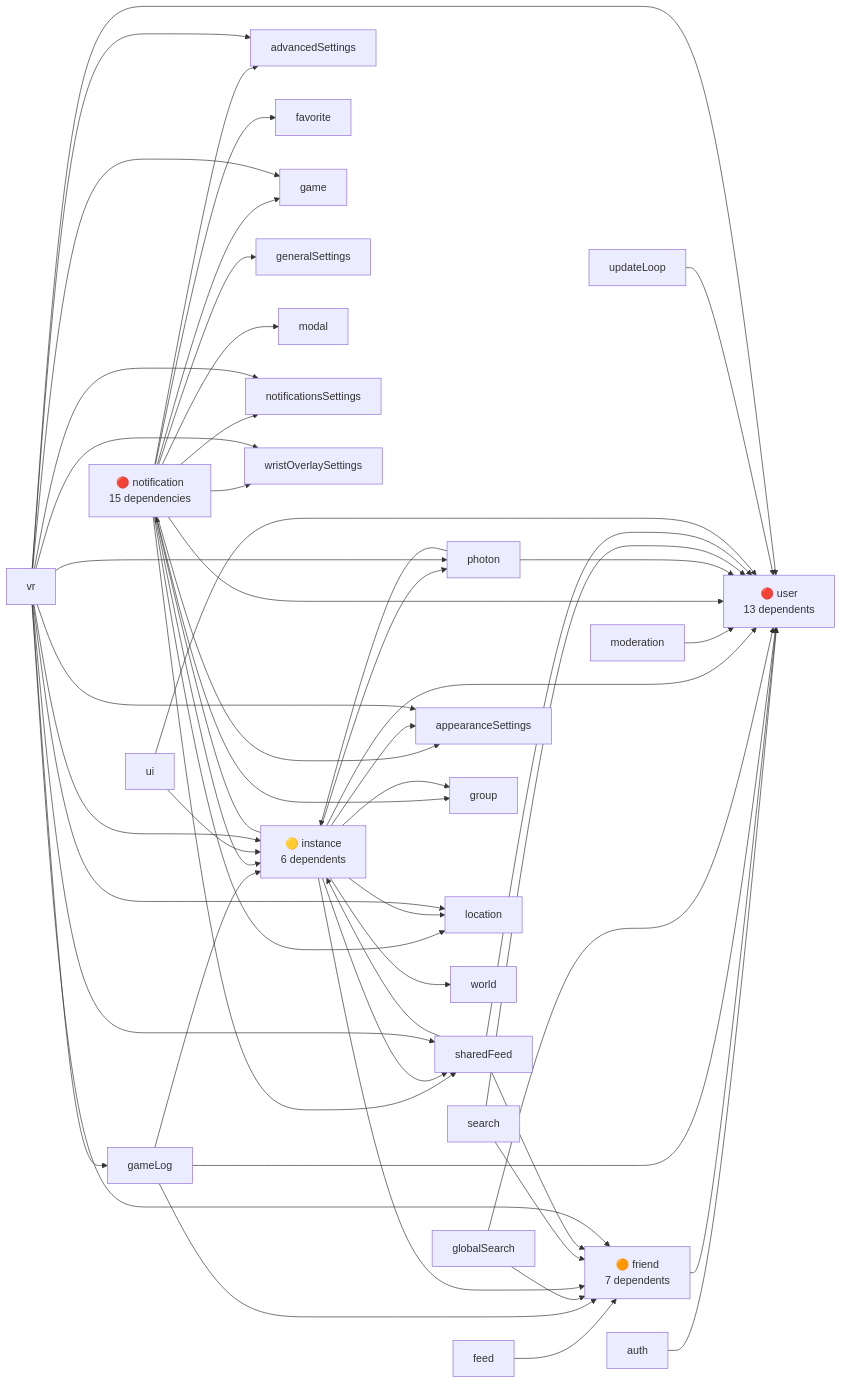
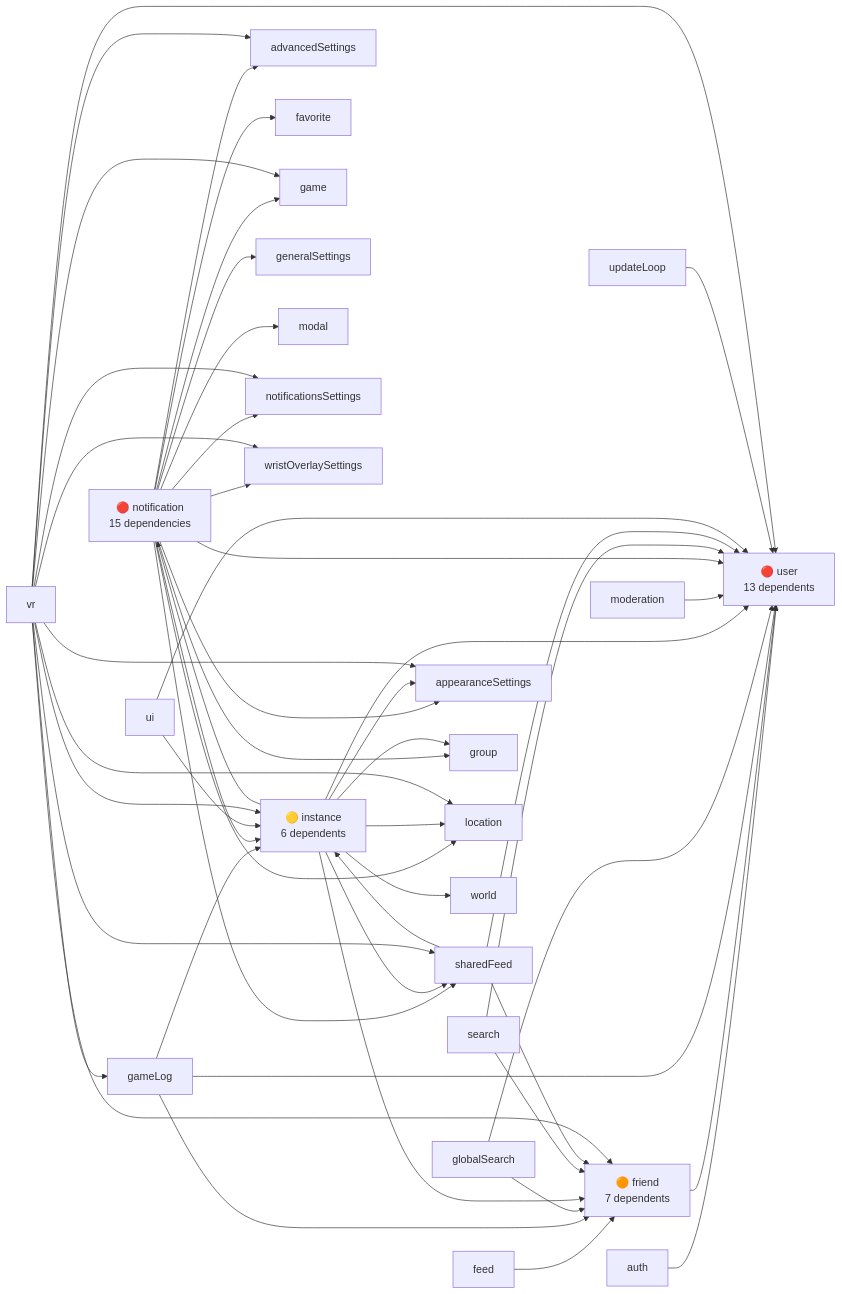
Before and after one commit to Map1en/vrcx-docs: the diagram in en/architecture/dependencies.md, drawn with Mermaid. The commit also changed other lines of this file and 16 other files, not shown here.

````diff
--- a/en/architecture/dependencies.md
+++ b/en/architecture/dependencies.md
@@ -5,74 +5,70 @@
 ```mermaid
 graph LR
     %% High-risk hubs (red)
     user["🔴 user<br/>13 dependents"]
     notification["🔴 notification<br/>15 dependencies"]
     
     %% Medium-high risk (orange)
     friend["🟠 friend<br/>7 dependents"]
     instance["🟡 instance<br/>6 dependents"]
     
     %% Stores that depend on user
     auth --> user
     friend --> user
     gameLog --> user
     globalSearch --> user
     instance --> user
     moderation --> user
     notification --> user
-    photon --> user
     search --> user
     sharedFeed --> user
     ui --> user
     updateLoop --> user
     vr --> user
 
     %% Stores that depend on friend
     feed --> friend
     gameLog --> friend
     globalSearch --> friend
     instance --> friend
     search --> friend
     sharedFeed --> friend
     vr --> friend
 
     %% Stores that depend on instance
     gameLog --> instance
     notification --> instance
-    photon --> instance
     sharedFeed --> instance
     ui --> instance
     vr --> instance
 
     %% Notification dependencies (it imports many stores)
     notification --> advancedSettings
     notification --> appearanceSettings
     notification --> favorite
     notification --> game
     notification --> generalSettings
     notification --> group
     notification --> location
     notification --> modal
     notification --> notificationsSettings
     notification --> sharedFeed
     notification --> wristOverlaySettings
 
     %% Other notable dependencies
     instance --> appearanceSettings
     instance --> group
     instance --> location
     instance --> notification
-    instance --> photon
     instance --> sharedFeed
     instance --> world
 
     vr --> advancedSettings
     vr --> appearanceSettings
     vr --> gameLog
     vr --> game
     vr --> location
     vr --> notificationsSettings
-    vr --> photon
     vr --> sharedFeed
     vr --> wristOverlaySettings
 ```
````
